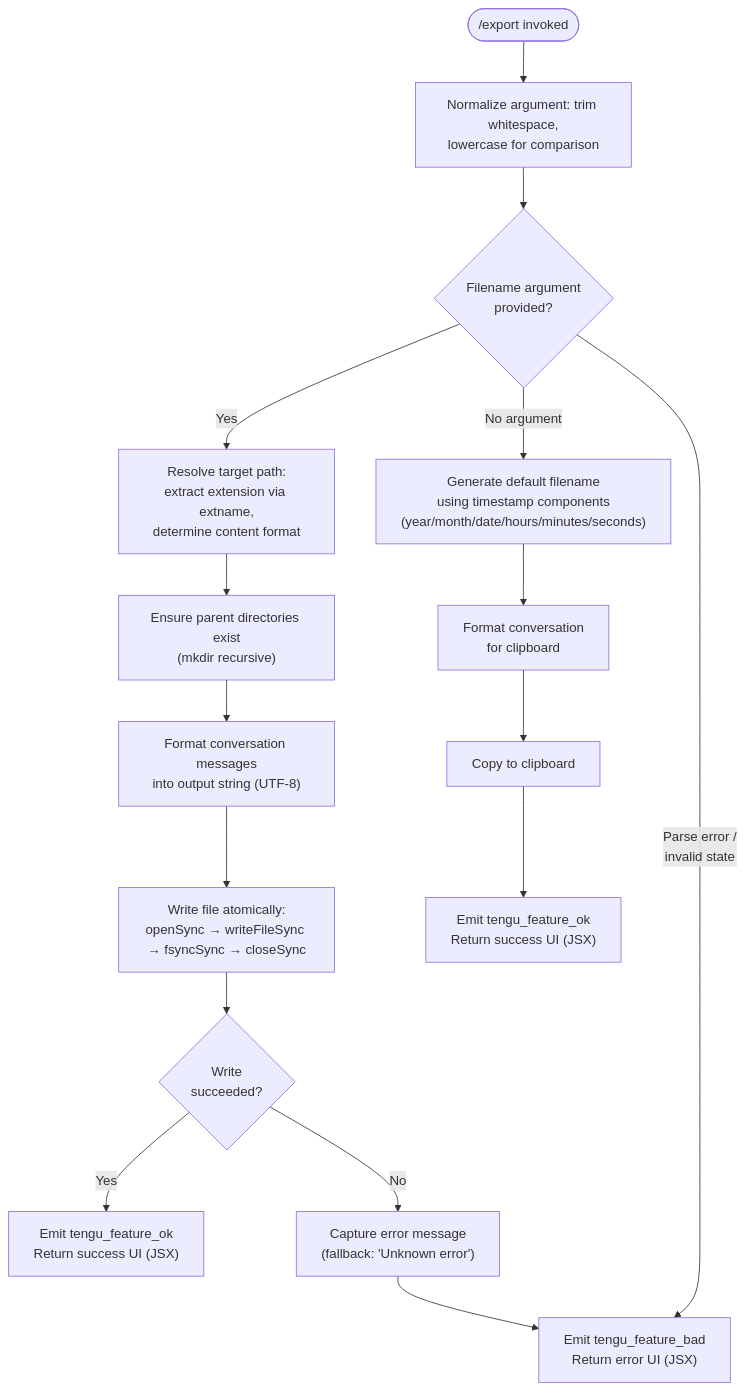
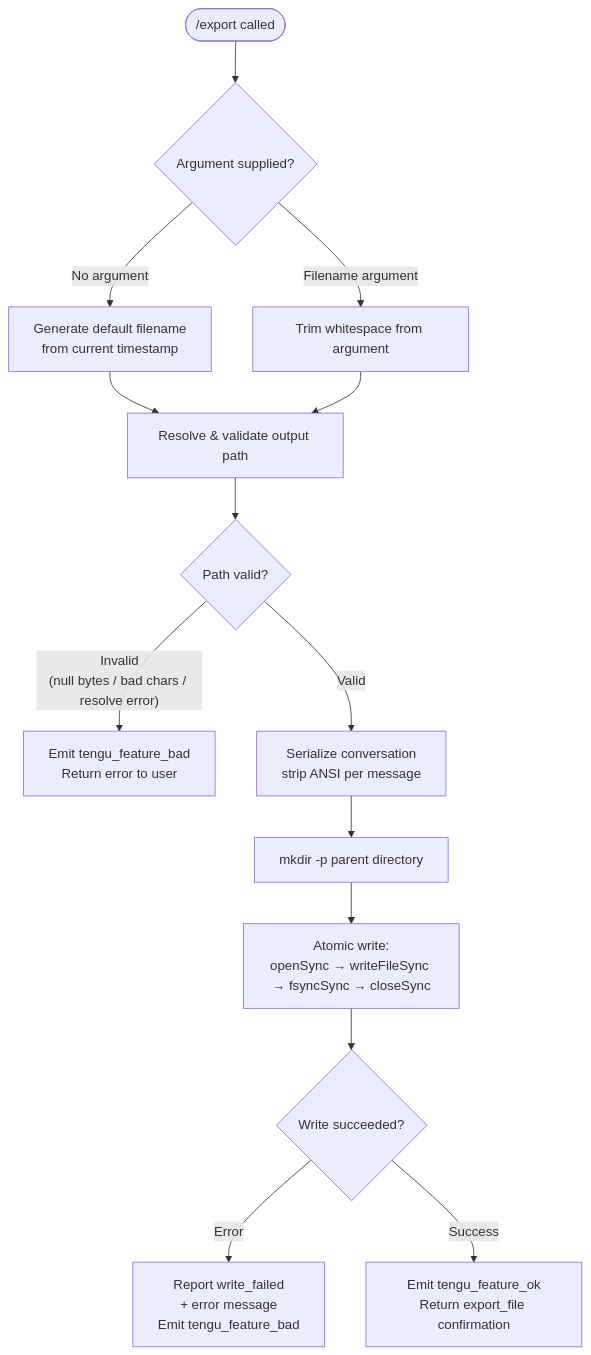
One commit to MyLittleLuckyDog/cc-gnothi changed the diagram in versions/v2.1.133/export.md. Above: the diagram before and after it, drawn with Mermaid. The commit also changed other lines of this file and 95 other files, not shown here.

````diff
--- a/versions/v2.1.133/export.md
+++ b/versions/v2.1.133/export.md
@@ -47,21 +55,16 @@
 ```mermaid
 flowchart TD
-    A(["/export invoked"]) --> B["Normalize argument: trim whitespace,\nlowercase for comparison"]
-    B --> C{Filename argument\nprovided?}
-
-    C -- "Yes" --> D["Resolve target path:\nextract extension via extname,\ndetermine content format"]
-    D --> E["Ensure parent directories exist\n(mkdir recursive)"]
-    E --> F["Format conversation messages\ninto output string (UTF-8)"]
-    F --> G["Write file atomically:\nopenSync → writeFileSync → fsyncSync → closeSync"]
-    G --> H{Write\nsucceeded?}
-    H -- "Yes" --> I["Emit tengu_feature_ok\nReturn success UI (JSX)"]
-    H -- "No" --> J["Capture error message\n(fallback: 'Unknown error')"]
-    J --> K["Emit tengu_feature_bad\nReturn error UI (JSX)"]
-
-    C -- "No argument" --> L["Generate default filename\nusing timestamp components\n(year/month/date/hours/minutes/seconds)"]
-    L --> M["Format conversation\nfor clipboard"]
-    M --> N["Copy to clipboard"]
-    N --> I2["Emit tengu_feature_ok\nReturn success UI (JSX)"]
-
-    C -- "Parse error /\ninvalid state" --> K
+    A(["/export called"]) --> B{Argument supplied?}
+    B -- "No argument" --> C[Generate default filename\nfrom current timestamp]
+    B -- "Filename argument" --> D[Trim whitespace from argument]
+    C --> E[Resolve & validate output path]
+    D --> E
+    E --> F{Path valid?}
+    F -- "Invalid\n(null bytes / bad chars / resolve error)" --> G[Emit tengu_feature_bad\nReturn error to user]
+    F -- "Valid" --> H[Serialize conversation\nstrip ANSI per message]
+    H --> I[mkdir -p parent directory]
+    I --> J[Atomic write:\nopenSync → writeFileSync → fsyncSync → closeSync]
+    J --> K{Write succeeded?}
+    K -- "Error" --> L["Report write_failed\n+ error message\nEmit tengu_feature_bad"]
+    K -- "Success" --> M["Emit tengu_feature_ok\nReturn export_file confirmation"]
 ```
````
